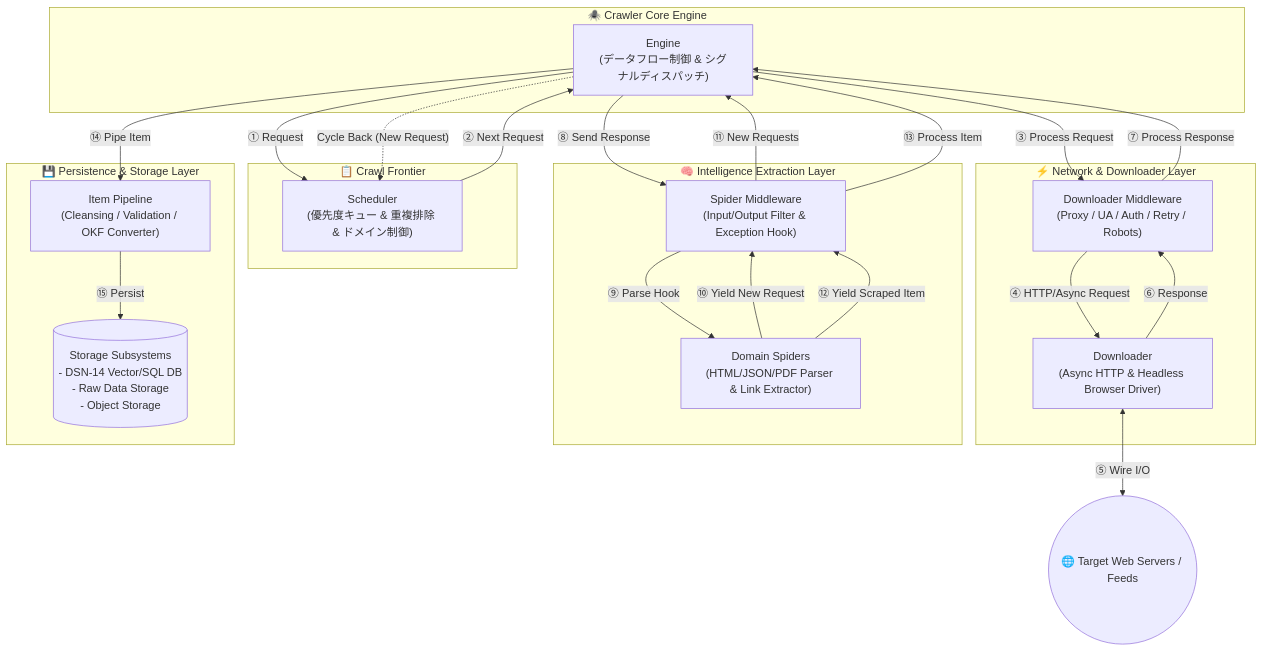
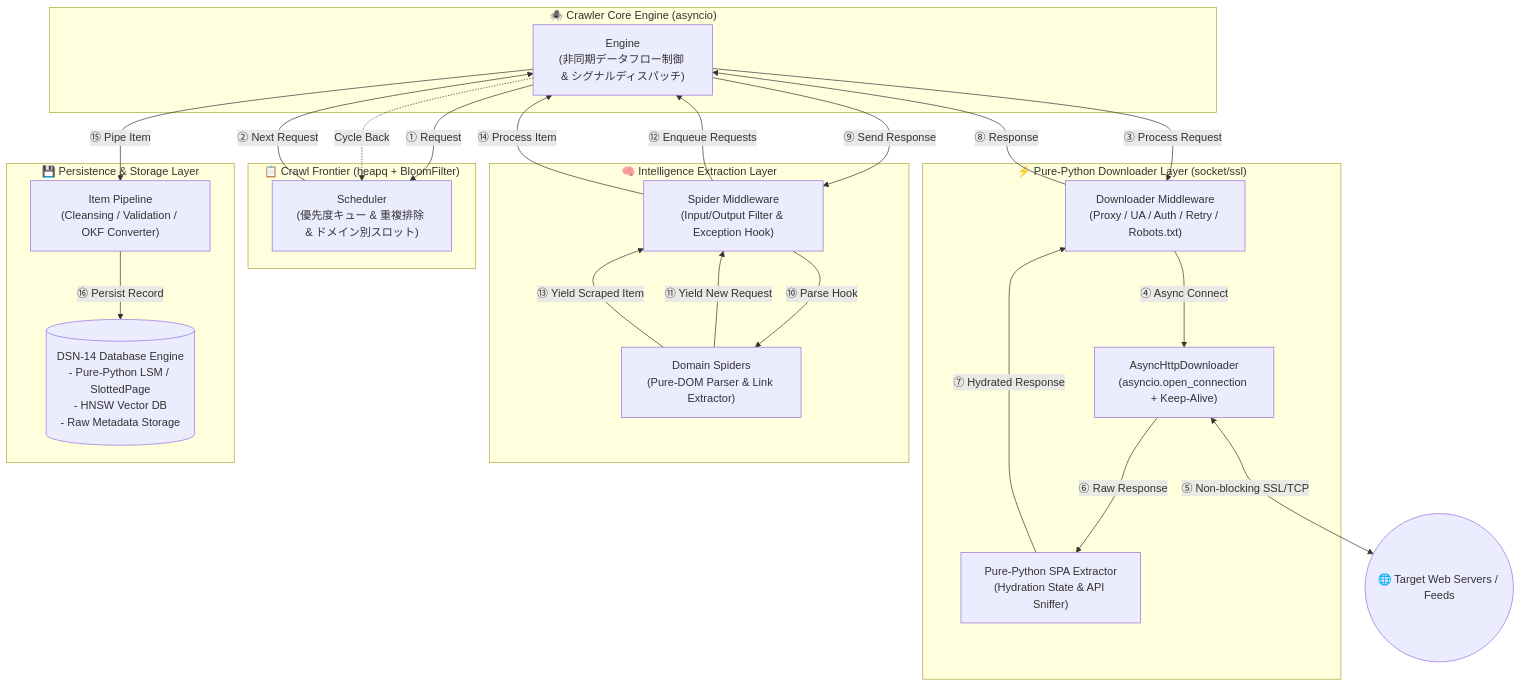
One commit to rokujyouhitoma/arxiv-security-papers changed the second of 4 diagrams in docs/designs/DSN-15-distributed_spider_and_crawler_architecture.md. Above: the diagram before and after it, drawn with Mermaid. The commit also changed other lines of this file, not shown here.

Commit message:
docs(designs): enforce 100% Python standard library and zero external dependencies in DSN-15

````diff
--- a/docs/designs/DSN-15-distributed_spider_and_crawler_architecture.md
+++ b/docs/designs/DSN-15-distributed_spider_and_crawler_architecture.md
@@ -41,44 +58,46 @@
 ```mermaid
 flowchart TB
-    subgraph CoreEngine ["🕷️ Crawler Core Engine"]
-        ENGINE["Engine<br/>(データフロー制御 & シグナルディスパッチ)"]
+    subgraph CoreEngine ["🕷️ Crawler Core Engine (asyncio)"]
+        ENGINE["Engine<br/>(非同期データフロー制御 & シグナルディスパッチ)"]
     end
 
-    subgraph Frontier ["📋 Crawl Frontier"]
-        SCHEDULER["Scheduler<br/>(優先度キュー & 重複排除 & ドメイン制御)"]
+    subgraph Frontier ["📋 Crawl Frontier (heapq + BloomFilter)"]
+        SCHEDULER["Scheduler<br/>(優先度キュー & 重複排除 & ドメイン別スロット)"]
     end
 
-    subgraph DownloadLayer ["⚡ Network & Downloader Layer"]
-        D_MID["Downloader Middleware<br/>(Proxy / UA / Auth / Retry / Robots)"]
-        DOWNLOADER["Downloader<br/>(Async HTTP & Headless Browser Driver)"]
+    subgraph DownloadLayer ["⚡ Pure-Python Downloader Layer (socket/ssl)"]
+        D_MID["Downloader Middleware<br/>(Proxy / UA / Auth / Retry / Robots.txt)"]
+        DOWNLOADER["AsyncHttpDownloader<br/>(asyncio.open_connection + Keep-Alive)"]
+        SPA_EXTRACTOR["Pure-Python SPA Extractor<br/>(Hydration State & API Sniffer)"]
     end
 
     subgraph SpiderLayer ["🧠 Intelligence Extraction Layer"]
         S_MID["Spider Middleware<br/>(Input/Output Filter & Exception Hook)"]
-        SPIDER["Domain Spiders<br/>(HTML/JSON/PDF Parser & Link Extractor)"]
+        SPIDER["Domain Spiders<br/>(Pure-DOM Parser & Link Extractor)"]
     end
 
     subgraph PipelineLayer ["💾 Persistence & Storage Layer"]
         PIPELINE["Item Pipeline<br/>(Cleansing / Validation / OKF Converter)"]
-        STORAGE[("Storage Subsystems<br/>- DSN-14 Vector/SQL DB<br/>- Raw Data Storage<br/>- Object Storage")]
+        STORAGE[("DSN-14 Database Engine<br/>- Pure-Python LSM / SlottedPage<br/>- HNSW Vector DB<br/>- Raw Metadata Storage")]
     end
 
     TARGET(("🌐 Target Web Servers / Feeds"))
 
     ENGINE -->|"① Request"| SCHEDULER
     SCHEDULER -->|"② Next Request"| ENGINE
     ENGINE -->|"③ Process Request"| D_MID
-    D_MID -->|"④ HTTP/Async Request"| DOWNLOADER
-    DOWNLOADER <-->|"⑤ Wire I/O"| TARGET
-    DOWNLOADER -->|"⑥ Response"| D_MID
-    D_MID -->|"⑦ Process Response"| ENGINE
-    ENGINE -->|"⑧ Send Response"| S_MID
-    S_MID -->|"⑨ Parse Hook"| SPIDER
-    SPIDER -->|"⑩ Yield New Request"| S_MID
-    S_MID -->|"⑪ New Requests"| ENGINE
-    SPIDER -->|"⑫ Yield Scraped Item"| S_MID
-    S_MID -->|"⑬ Process Item"| ENGINE
-    ENGINE -->|"⑭ Pipe Item"| PIPELINE
-    PIPELINE -->|"⑮ Persist"| STORAGE
-    ENGINE -.->|"Cycle Back (New Request)"| SCHEDULER
+    D_MID -->|"④ Async Connect"| DOWNLOADER
+    DOWNLOADER <-->|"⑤ Non-blocking SSL/TCP"| TARGET
+    DOWNLOADER -->|"⑥ Raw Response"| SPA_EXTRACTOR
+    SPA_EXTRACTOR -->|"⑦ Hydrated Response"| D_MID
+    D_MID -->|"⑧ Response"| ENGINE
+    ENGINE -->|"⑨ Send Response"| S_MID
+    S_MID -->|"⑩ Parse Hook"| SPIDER
+    SPIDER -->|"⑪ Yield New Request"| S_MID
+    S_MID -->|"⑫ Enqueue Requests"| ENGINE
+    SPIDER -->|"⑬ Yield Scraped Item"| S_MID
+    S_MID -->|"⑭ Process Item"| ENGINE
+    ENGINE -->|"⑮ Pipe Item"| PIPELINE
+    PIPELINE -->|"⑯ Persist Record"| STORAGE
+    ENGINE -.->|"Cycle Back"| SCHEDULER
 ```
````
